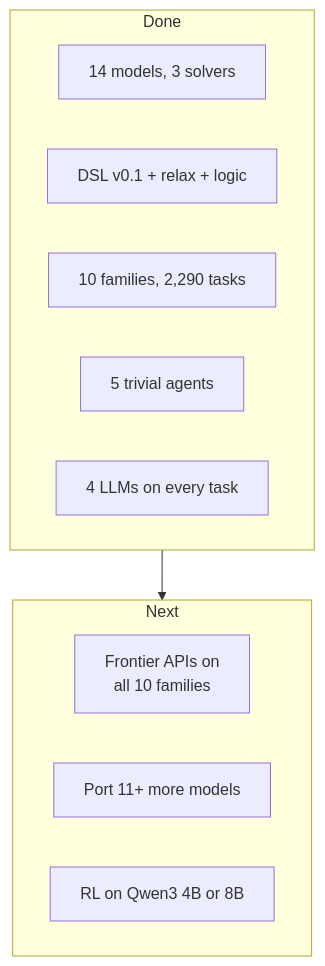
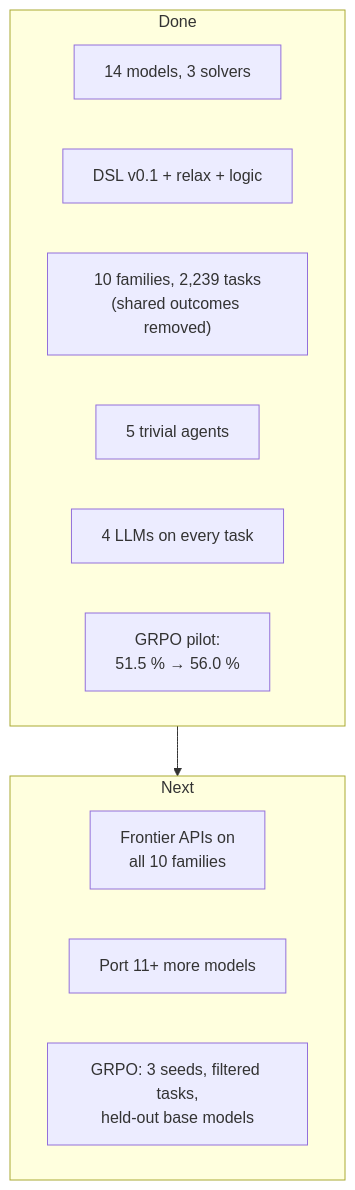
One commit to aptgetnitin/whatifgym changed diagram 12 of 12 in README.md. Above: the diagram before and after it, drawn with Mermaid. The commit also changed other lines of this file and 3 other files, not shown here.

````diff
--- a/README.md
+++ b/README.md
@@ -637,18 +662,19 @@
 ```mermaid
 flowchart TB
     subgraph D["Done"]
         direction LR
         D1["14 models, 3 solvers"]
         D2["DSL v0.1 + relax + logic"]
-        D3["10 families, 2,290 tasks"]
+        D3["10 families, 2,239 tasks<br/>(shared outcomes removed)"]
         D4["5 trivial agents"]
         D5["4 LLMs on every task"]
+        D6["GRPO pilot:<br/>51.5 % → 56.0 %"]
     end
     subgraph X["Next"]
         direction LR
         X1["Frontier APIs on<br/>all 10 families"]
         X4["Port 11+ more models"]
-        X5["RL on Qwen3 4B or 8B"]
+        X5["GRPO: 3 seeds, filtered tasks,<br/>held-out base models"]
     end
     D --> X
 ```
````
